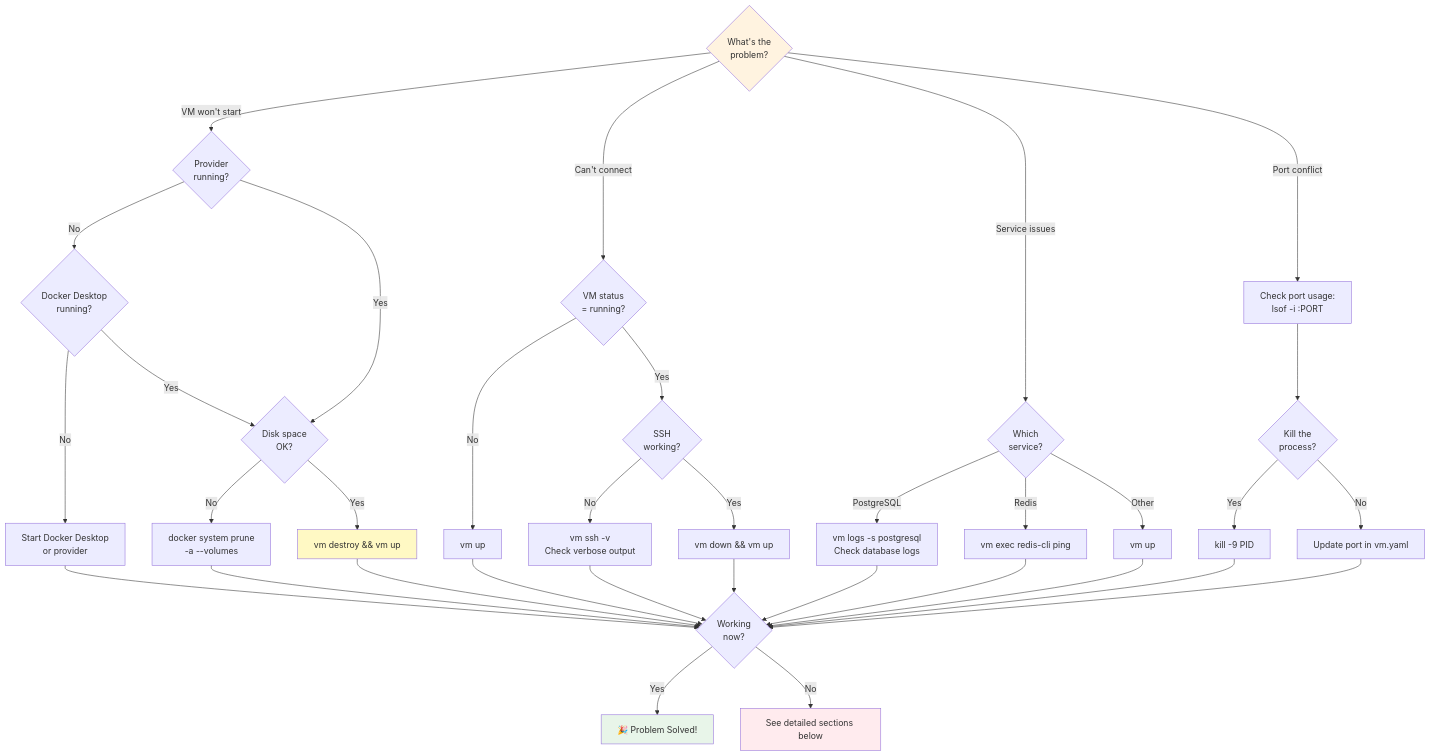
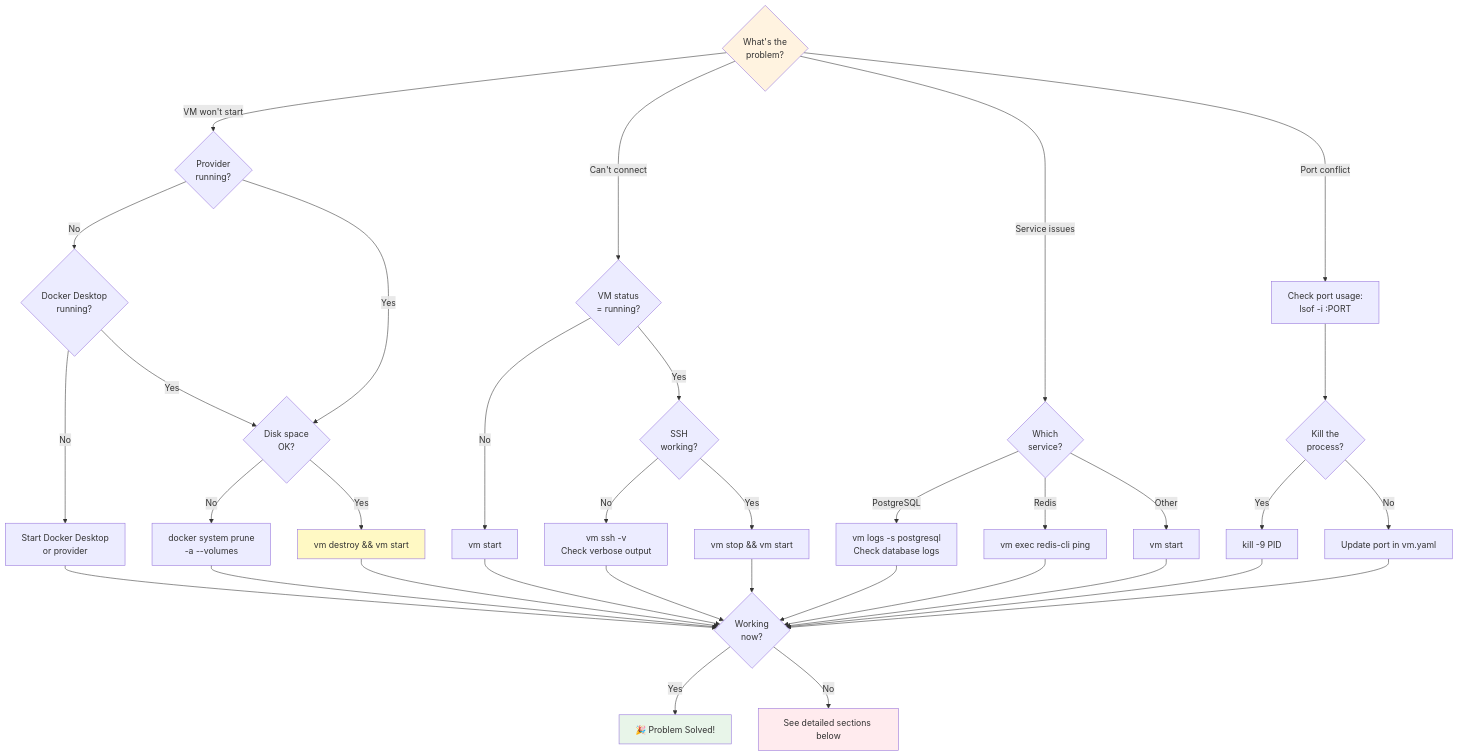
The diagram in site/src/routes/docs-md/user-guide/troubleshooting.md (goobits/vm), drawn with Mermaid before and after one commit. The commit also changed other lines of this file and 29 other files, not shown here.

Commit message:
feat(vm): add fleet commands and switch to start/stop

````diff
--- a/site/src/routes/docs-md/user-guide/troubleshooting.md
+++ b/site/src/routes/docs-md/user-guide/troubleshooting.md
@@ -7,53 +7,53 @@
 ```mermaid
 flowchart TD
     Start{What's the<br/>problem?}
 
     Start -->|VM won't start| WontStart{Provider<br/>running?}
     Start -->|Can't connect| CantConnect{VM status<br/>= running?}
     Start -->|Service issues| ServiceIssue{Which<br/>service?}
     Start -->|Port conflict| PortIssue[Check port usage:<br/>lsof -i :PORT]
 
     WontStart -->|No| ProviderCheck{Docker Desktop<br/>running?}
     WontStart -->|Yes| SpaceCheck{Disk space<br/>OK?}
 
     ProviderCheck -->|No| StartProvider[Start Docker Desktop<br/>or provider]
     ProviderCheck -->|Yes| SpaceCheck
 
     SpaceCheck -->|No| CleanSpace[docker system prune<br/>-a --volumes]
-    SpaceCheck -->|Yes| Reset[vm destroy && vm up]
+    SpaceCheck -->|Yes| Reset[vm destroy && vm start]
 
-    CantConnect -->|No| StartVM[vm up]
+    CantConnect -->|No| StartVM[vm start]
     CantConnect -->|Yes| SSHCheck{SSH<br/>working?}
 
     SSHCheck -->|No| SSHDebug[vm ssh -v<br/>Check verbose output]
-    SSHCheck -->|Yes| RestartVM[vm down && vm up]
+    SSHCheck -->|Yes| RestartVM[vm stop && vm start]
 
     ServiceIssue -->|PostgreSQL| PG[vm logs -s postgresql<br/>Check database logs]
     ServiceIssue -->|Redis| Redis[vm exec redis-cli ping]
-    ServiceIssue -->|Other| ServiceRestart[vm up]
+    ServiceIssue -->|Other| ServiceRestart[vm start]
 
     PortIssue --> FindProcess{Kill the<br/>process?}
     FindProcess -->|Yes| KillIt[kill -9 PID]
     FindProcess -->|No| ChangePort[Update port in vm.yaml]
 
     StartProvider --> Verify
     CleanSpace --> Verify
     Reset --> Verify
     StartVM --> Verify
     RestartVM --> Verify
     SSHDebug --> Verify
     ServiceRestart --> Verify
     PG --> Verify
     Redis --> Verify
     KillIt --> Verify
     ChangePort --> Verify
 
     Verify{Working<br/>now?}
     Verify -->|Yes| Success[🎉 Problem Solved!]
     Verify -->|No| Advanced[See detailed sections below]
 
     style Start fill:#fff3e0
     style Success fill:#e8f5e9
     style Advanced fill:#ffebee
     style Reset fill:#fff9c4
 ```
````
